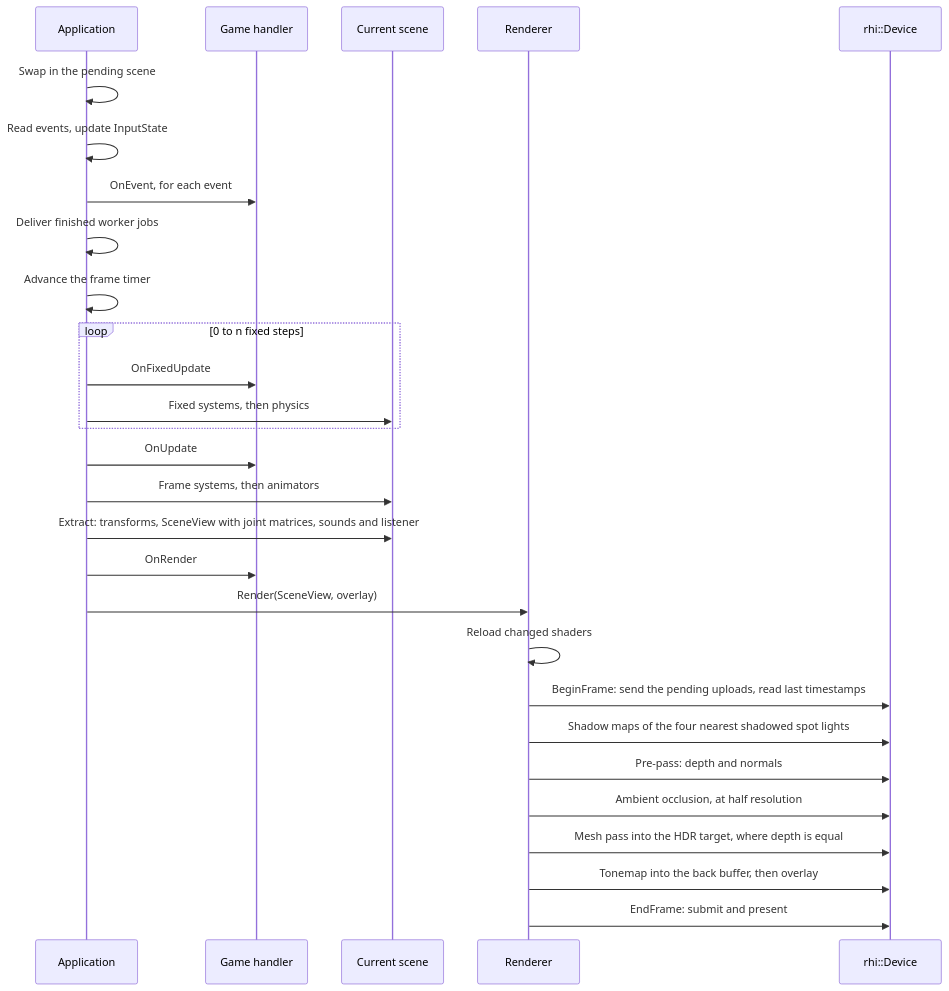
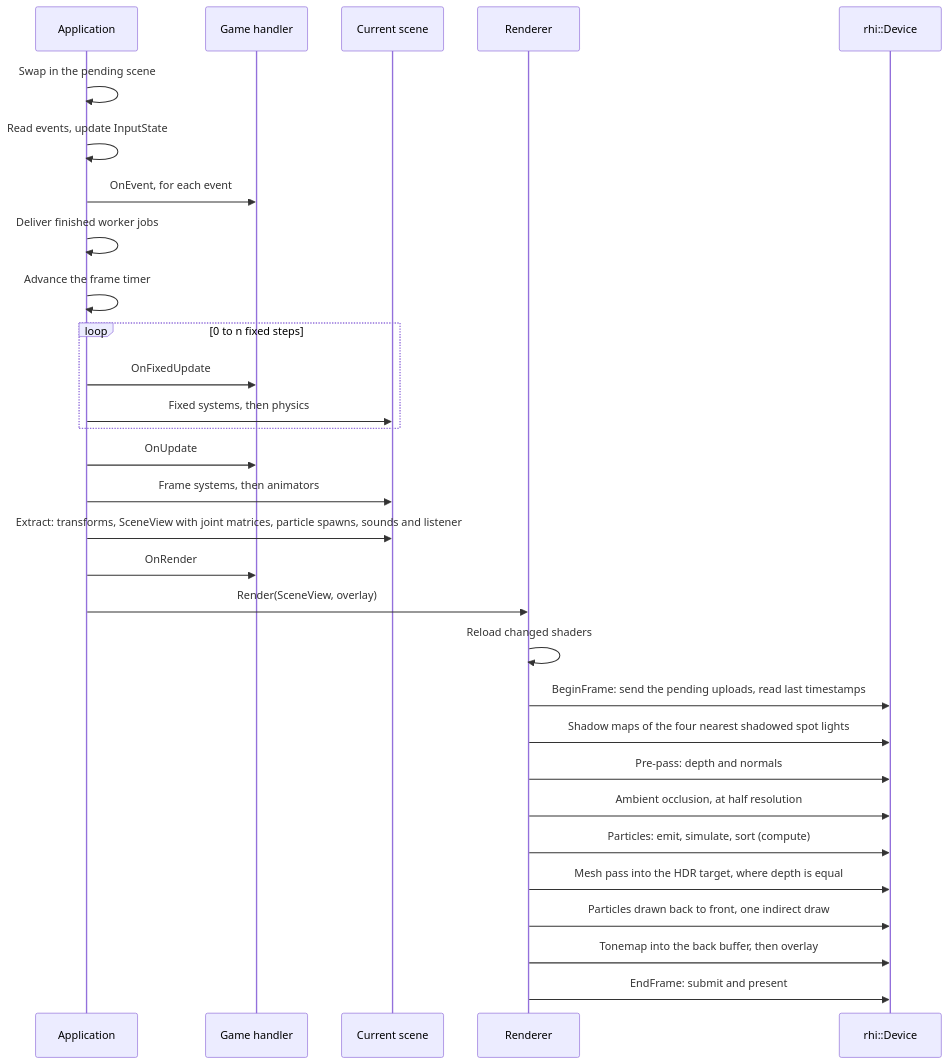
Before and after one commit to SBXdev3D/daidalos-engine-next: the third of 9 diagrams in docs/ARCHITECTURE.md, drawn with Mermaid. The commit also changed other lines of this file and 6 other files, not shown here.

````diff
--- a/docs/ARCHITECTURE.md
+++ b/docs/ARCHITECTURE.md
@@ -65,31 +65,33 @@
 ```mermaid
 sequenceDiagram
     participant A as Application
     participant G as Game handler
     participant S as Current scene
     participant R as Renderer
     participant D as rhi::Device
 
     A->>A: Swap in the pending scene
     A->>A: Read events, update InputState
     A->>G: OnEvent, for each event
     A->>A: Deliver finished worker jobs
     A->>A: Advance the frame timer
     loop 0 to n fixed steps
         A->>G: OnFixedUpdate
         A->>S: Fixed systems, then physics
     end
     A->>G: OnUpdate
     A->>S: Frame systems, then animators
-    A->>S: Extract: transforms, SceneView with joint matrices, sounds and listener
+    A->>S: Extract: transforms, SceneView with joint matrices, particle spawns, sounds and listener
     A->>G: OnRender
     A->>R: Render(SceneView, overlay)
     R->>R: Reload changed shaders
     R->>D: BeginFrame: send the pending uploads, read last timestamps
     R->>D: Shadow maps of the four nearest shadowed spot lights
     R->>D: Pre-pass: depth and normals
     R->>D: Ambient occlusion, at half resolution
+    R->>D: Particles: emit, simulate, sort (compute)
     R->>D: Mesh pass into the HDR target, where depth is equal
+    R->>D: Particles drawn back to front, one indirect draw
     R->>D: Tonemap into the back buffer, then overlay
     R->>D: EndFrame: submit and present
 ```
````
